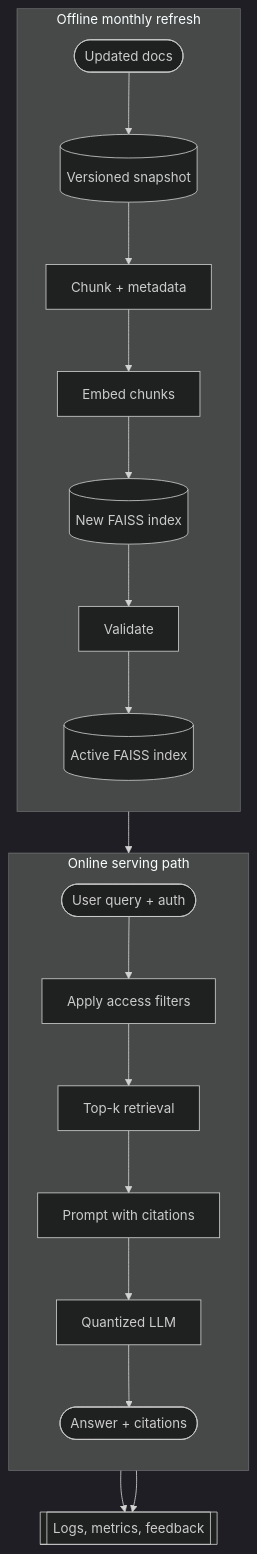
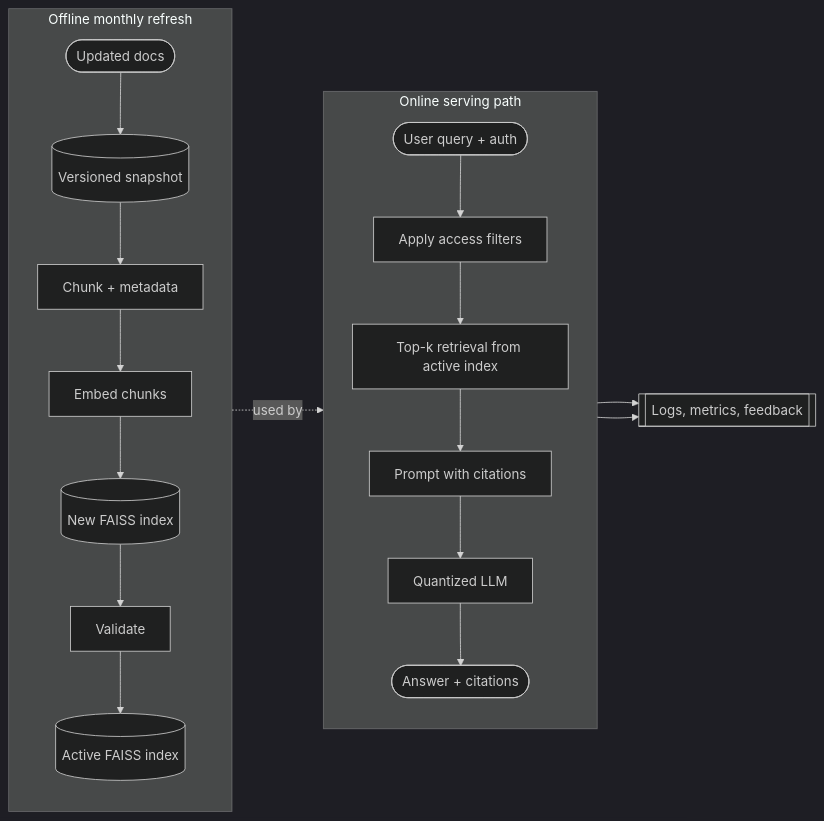
The diagram in part-a-system-design.md (dacrylic/internal-docs-qa-pipeline), drawn with Mermaid (dark theme) before and after one commit. The commit also changed 1 other file, not shown here.

Commit message:
Clarify system design diagram lanes

````diff
--- a/part-a-system-design.md
+++ b/part-a-system-design.md
@@ -18,25 +18,25 @@
 ```mermaid
-flowchart TB
+flowchart LR
   subgraph Offline["Offline monthly refresh"]
     direction TB
     A([Updated docs]) --> B[(Versioned snapshot)]
     B --> C[Chunk + metadata]
     C --> D[Embed chunks]
     D --> E[(New FAISS index)]
     E --> F[Validate]
     F --> G[(Active FAISS index)]
   end
 
   subgraph Online["Online serving path"]
     direction TB
     H([User query + auth]) --> I[Apply access filters]
-    I --> J[Top-k retrieval]
+    I --> J[Top-k retrieval from active index]
     J --> K[Prompt with citations]
     K --> L[Quantized LLM]
     L --> M([Answer + citations])
   end
 
-  G --> J
+  G -. used by .-> J
   J --> N[[Logs, metrics, feedback]]
   M --> N
 ```
````
